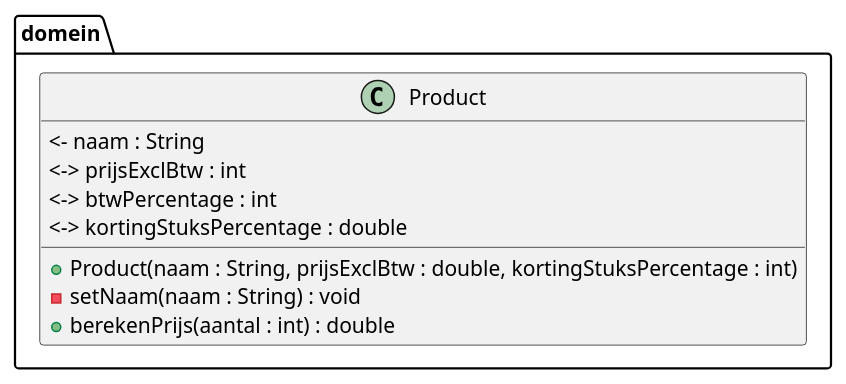
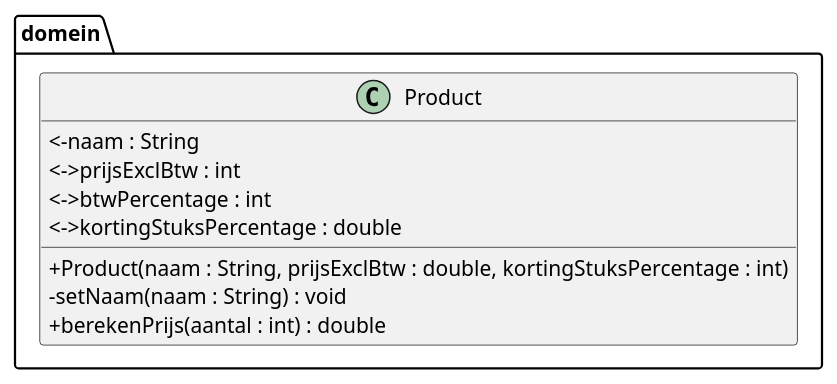
The diagram in java/H3/Oef8/Oef8.puml (AdrenalineGhost/Projects), drawn with PlantUML before and after one commit. The commit also changed 3 other files, not shown here.

```diff
--- a/java/H3/Oef8/Oef8.puml
+++ b/java/H3/Oef8/Oef8.puml
@@ -1,15 +1,16 @@
-@startuml
+@startuml Product
+skinparam ClassAttributeIconSize 0
 
 package domein{
     class Product{
-        <- naam : String
-        <-> prijsExclBtw : int
-        <-> btwPercentage : int
-        <-> kortingStuksPercentage : double
+        <-naam : String
+        <->prijsExclBtw : int
+        <->btwPercentage : int
+        <->kortingStuksPercentage : double
         + Product(naam : String, prijsExclBtw : double, kortingStuksPercentage : int)
         - setNaam(naam : String) : void
         + berekenPrijs(aantal : int) : double
     }
 }
 
 @enduml
```
